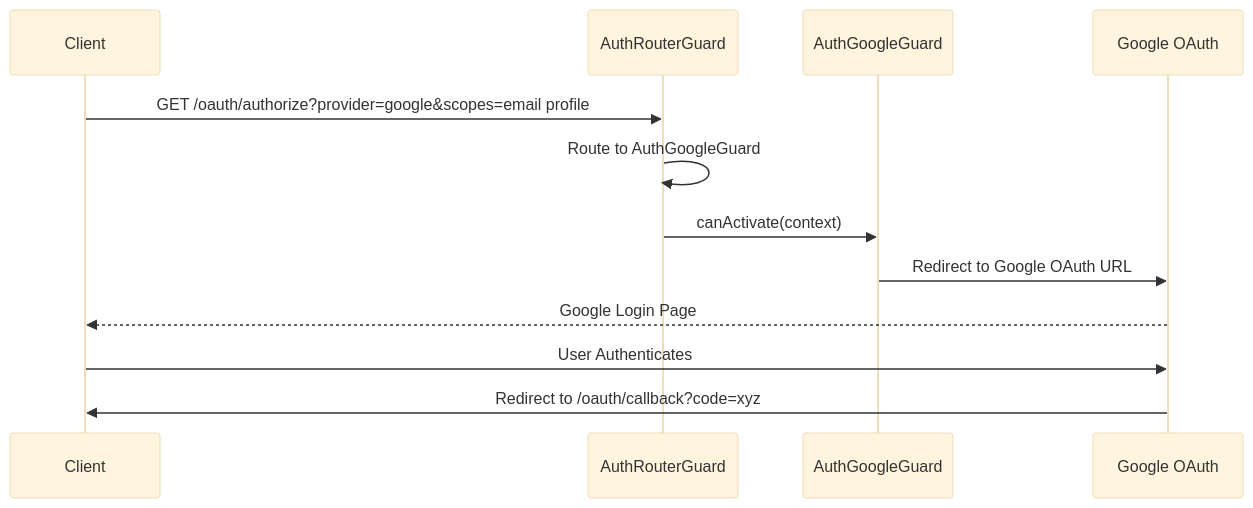
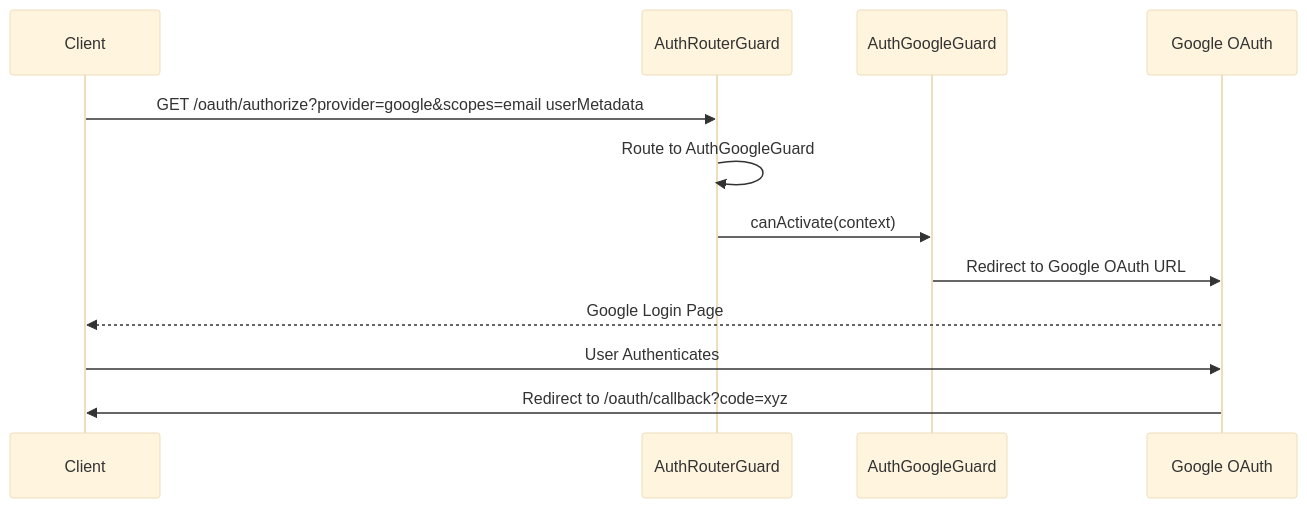
Before and after one commit to tnramalho/rockets-sdk: diagram 11 of 11 in packages/rockets-server-auth/README.md, drawn with Mermaid (base theme). The commit also changed other lines of this file and 32 other files, not shown here.

````diff
--- a/packages/rockets-server-auth/README.md
+++ b/packages/rockets-server-auth/README.md
@@ -2137,16 +2166,16 @@
 ```mermaid
 sequenceDiagram
     participant C as Client
     participant AR as AuthRouterGuard
     participant AG as AuthGoogleGuard
     participant G as Google OAuth
     participant C as Client
     
-    C->>AR: GET /oauth/authorize?provider=google&scopes=email profile
+    C->>AR: GET /oauth/authorize?provider=google&scopes=email userMetadata
     AR->>AR: Route to AuthGoogleGuard
     AR->>AG: canActivate(context)
     AG->>G: Redirect to Google OAuth URL
     G-->>C: Google Login Page
     C->>G: User Authenticates
     G->>C: Redirect to /oauth/callback?code=xyz
 ```
````
